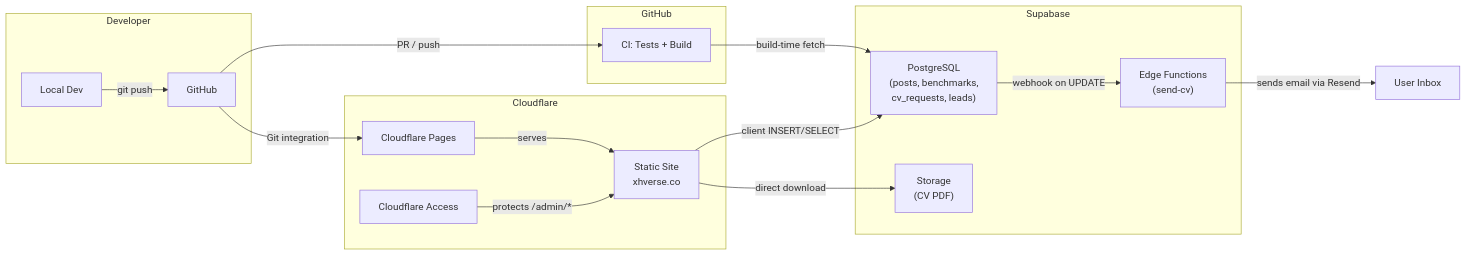
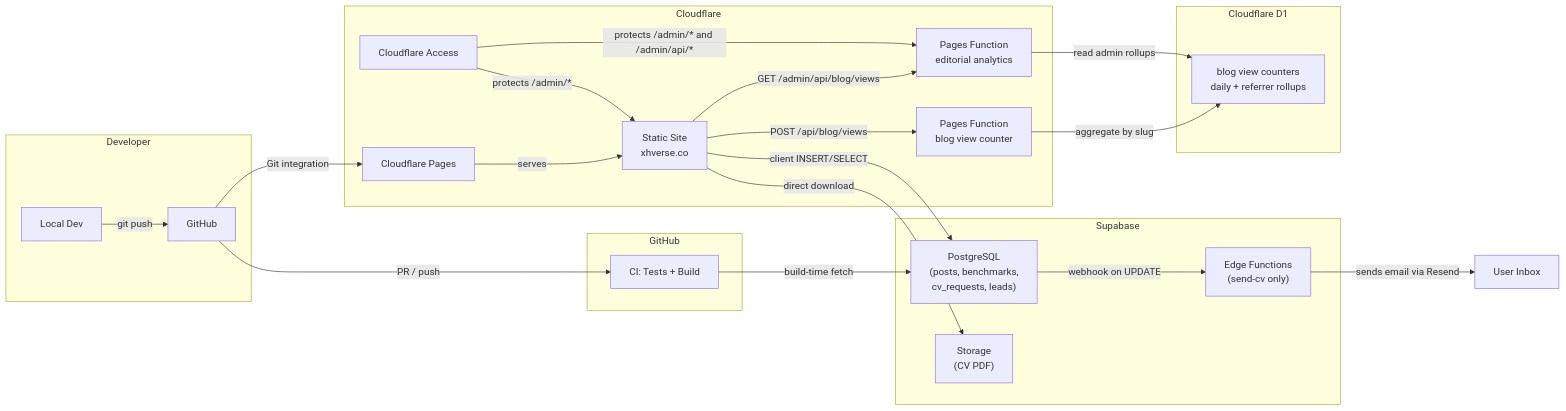
The diagram in README.md (devruji/xhverse-site), drawn with Mermaid before and after one commit. The commit also changed other lines of this file and 18 other files, not shown here.

Commit message:
feat: add blog view analytics

````diff
--- a/README.md
+++ b/README.md
@@ -23,28 +24,39 @@
 ```mermaid
 graph LR
     subgraph Developer
         A[Local Dev] -->|git push| B[GitHub]
     end
 
     subgraph GitHub
         B -->|PR / push| C[CI: Tests + Build]
     end
 
     subgraph Cloudflare
         B -->|Git integration| D[Cloudflare Pages]
         D -->|serves| E["Static Site<br/>xhverse.co"]
         F["Cloudflare Access"] -->|protects /admin/*| E
+        E -->|POST /api/blog/views| K["Pages Function<br/>blog view counter"]
+        E -->|GET /admin/api/blog/views| L["Pages Function<br/>editorial analytics"]
+        F -->|protects /admin/* and /admin/api/*| L
     end
 
     subgraph Supabase
         G["PostgreSQL<br/>(posts, benchmarks,<br/>cv_requests, leads)"]
         H["Storage<br/>(CV PDF)"]
-        I["Edge Functions<br/>(send-cv)"]
+        I["Edge Functions<br/>(send-cv only)"]
+    end
+
+    subgraph CloudflareD1["Cloudflare D1"]
+        M["blog view counters<br/>daily + referrer rollups"]
     end
 
     C -->|build-time fetch| G
     E -->|client INSERT/SELECT| G
     E -->|direct download| H
     G -->|webhook on UPDATE| I
     I -->|sends email via Resend| J[User Inbox]
+    K -->|aggregate by slug| M
+    L -->|read admin rollups| M
+
+    %% v3 deferred: no unique visitor tracking or fingerprinting in this phase
 ```
````
